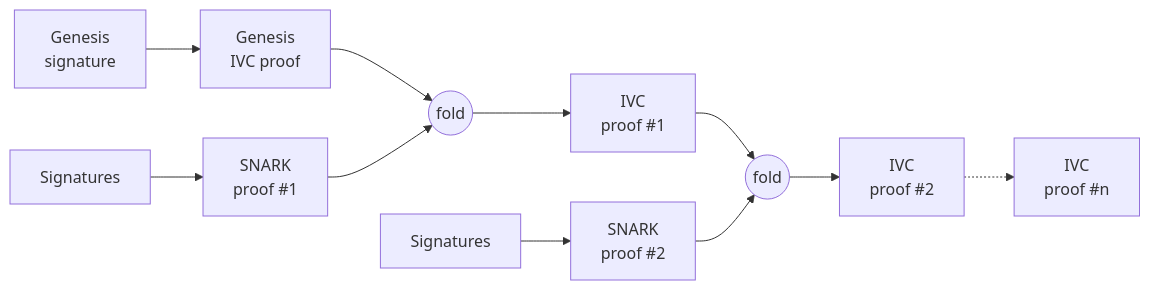
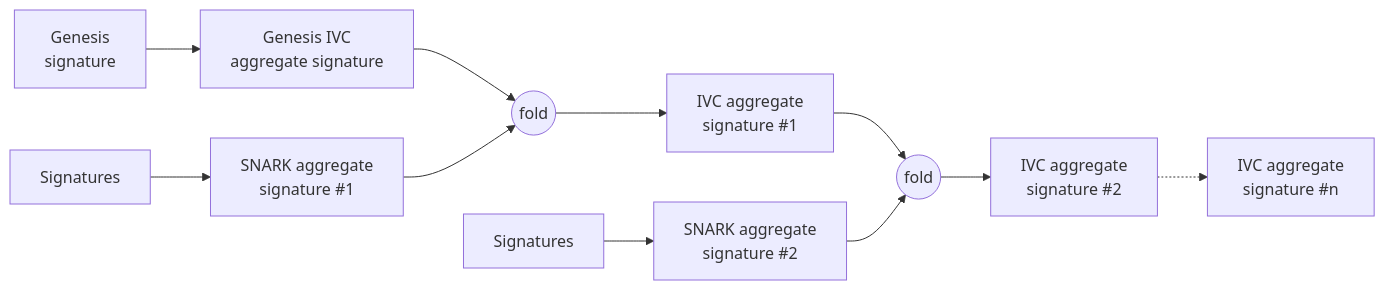
One commit to IntersectMBO/mithril changed the first of 2 diagrams in docs/website/root/mithril/advanced/mithril-protocol/aggregation/recursive_SNARK.md. Above: the diagram before and after it, drawn with Mermaid. The commit also changed other lines of this file and 1 other file, not shown here.

Commit message:
refactor(doc): tried to replace the use of proof with aggregate signature

````diff
--- a/docs/website/root/mithril/advanced/mithril-protocol/aggregation/recursive_SNARK.md
+++ b/docs/website/root/mithril/advanced/mithril-protocol/aggregation/recursive_SNARK.md
@@ -18,16 +26,16 @@
 ```mermaid
 flowchart LR
-    G[Genesis<br/>signature] --> P0[Genesis<br/>IVC proof]
+    G[Genesis<br/>signature] --> P0[Genesis IVC<br/>aggregate signature]
 
-    Sig1[Signatures] --> C1[SNARK<br/>proof #1]
+    Sig1[Signatures] --> C1[SNARK aggregate<br/>signature #1]
     P0 --> F1((fold))
     C1 --> F1
-    F1 --> P1[IVC<br/>proof #1]
+    F1 --> P1[IVC aggregate<br/>signature #1]
 
-    Sig2[Signatures] --> C2[SNARK<br/>proof #2]
+    Sig2[Signatures] --> C2[SNARK aggregate<br/>signature #2]
     P1 --> F2((fold))
     C2 --> F2
-    F2 --> P2[IVC<br/>proof #2]
+    F2 --> P2[IVC aggregate<br/>signature #2]
 
-    P2 -.-> Pn[IVC<br/>proof #n]
+    P2 -.-> Pn[IVC aggregate<br/>signature #n]
 ```
````
